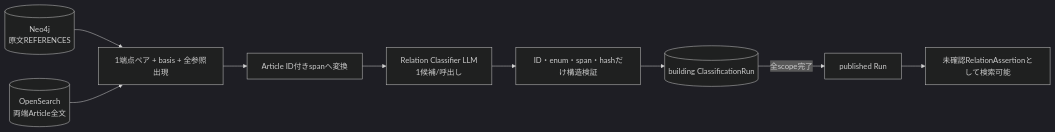
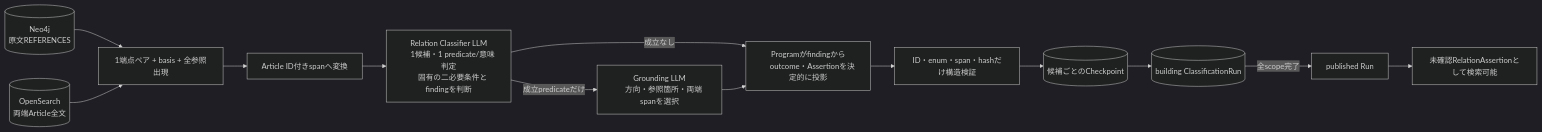
Before and after one commit to Noriaki-4/local-rag-poc-law: the eighth of 11 diagrams in docs/requirements/docs/generic_iterative_agent_framework_plan_visual.md, drawn with Mermaid (dark theme). The commit also changed other lines of this file and 18 other files, not shown here.

````diff
--- a/docs/requirements/docs/generic_iterative_agent_framework_plan_visual.md
+++ b/docs/requirements/docs/generic_iterative_agent_framework_plan_visual.md
@@ -196,14 +196,21 @@
 ```mermaid
 flowchart LR
     N[(Neo4j
     原文REFERENCES)] --> C[1端点ペア + basis + 全参照出現]
     O[(OpenSearch
     両端Article全文)] --> C
     C --> P[Article ID付きspanへ変換]
     P --> L[Relation Classifier LLM
-    1候補/呼出し]
-    L --> V[ID・enum・span・hashだけ構造検証]
-    V --> R[(building ClassificationRun)]
+    1候補・1 predicate/意味判定
+    固有の二必要条件とfindingを判断]
+    L -->|成立predicateだけ| G[Grounding LLM
+    方向・参照箇所・両端spanを選択]
+    L -->|成立なし| D[Programがfindingから
+    outcome・Assertionを決定的に投影]
+    G --> D
+    D --> V[ID・enum・span・hashだけ構造検証]
+    V --> CP[(候補ごとのCheckpoint)]
+    CP --> R[(building ClassificationRun)]
     R -->|全scope完了| PUB[published Run]
     PUB --> A[未確認RelationAssertionとして検索可能]
 ```
````
